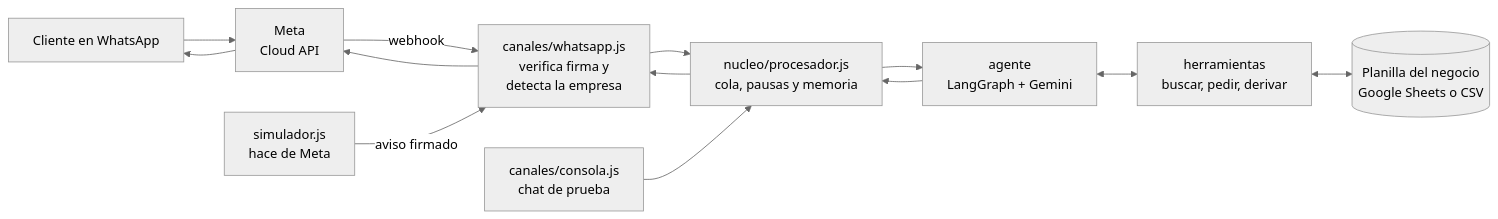
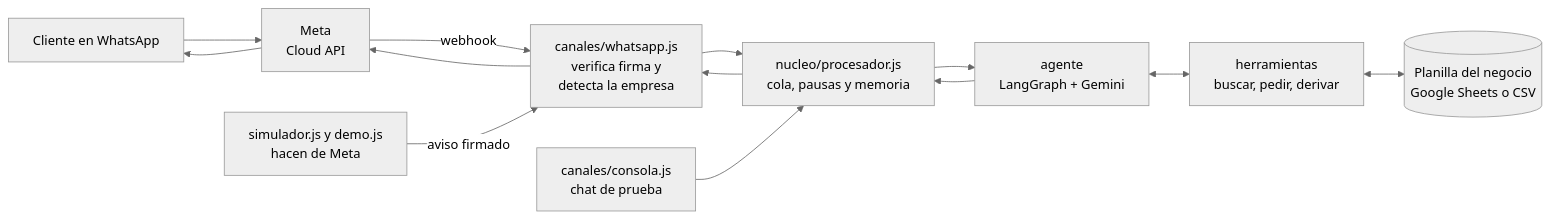
Before and after one commit to solmirandaayelen17-sudo/bot-whatsapp-ia: the diagram in README.md, drawn with Mermaid (neutral theme). The commit also changed other lines of this file and 24 other files, not shown here.

````diff
--- a/README.md
+++ b/README.md
@@ -69,12 +76,12 @@
 ```mermaid
 flowchart LR
     C[Cliente en WhatsApp] --> M[Meta<br/>Cloud API]
     M -->|webhook| W[canales/whatsapp.js<br/>verifica firma y<br/>detecta la empresa]
     T[canales/consola.js<br/>chat de prueba] --> P
-    S[simulador.js<br/>hace de Meta] -->|aviso firmado| W
+    S[simulador.js y demo.js<br/>hacen de Meta] -->|aviso firmado| W
     W --> P[nucleo/procesador.js<br/>cola, pausas y memoria]
     P --> A[agente<br/>LangGraph + Gemini]
     A <--> H[herramientas<br/>buscar, pedir, derivar]
     H <--> D[(Planilla del negocio<br/>Google Sheets o CSV)]
     A --> P --> W --> M --> C
 ```
````
